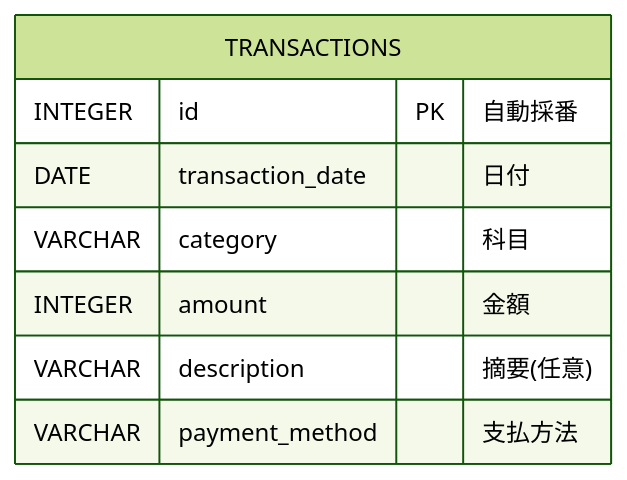
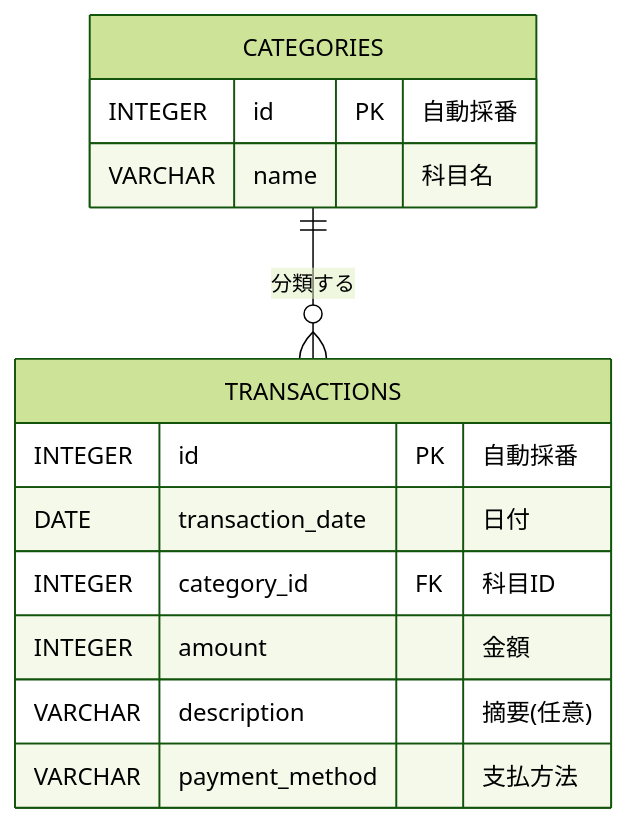
One commit to yutaro081/HouseholdBudget changed the second of 2 diagrams in README.md. Above: the diagram before and after it, drawn with Mermaid (forest theme). The commit also changed 11 other files, not shown here.

````diff
--- a/README.md
+++ b/README.md
@@ -90,11 +90,18 @@
 ```mermaid
 erDiagram
+    CATEGORIES {
+        INTEGER id PK "自動採番"
+        VARCHAR name "科目名"
+    }
+
     TRANSACTIONS {
         INTEGER id PK "自動採番"
         DATE transaction_date "日付"
-        VARCHAR category "科目"
+        INTEGER category_id FK "科目ID"
         INTEGER amount "金額"
         VARCHAR description "摘要(任意)"
         VARCHAR payment_method "支払方法"
     }
+
+    CATEGORIES ||--o{ TRANSACTIONS : "分類する"
 ```
````
